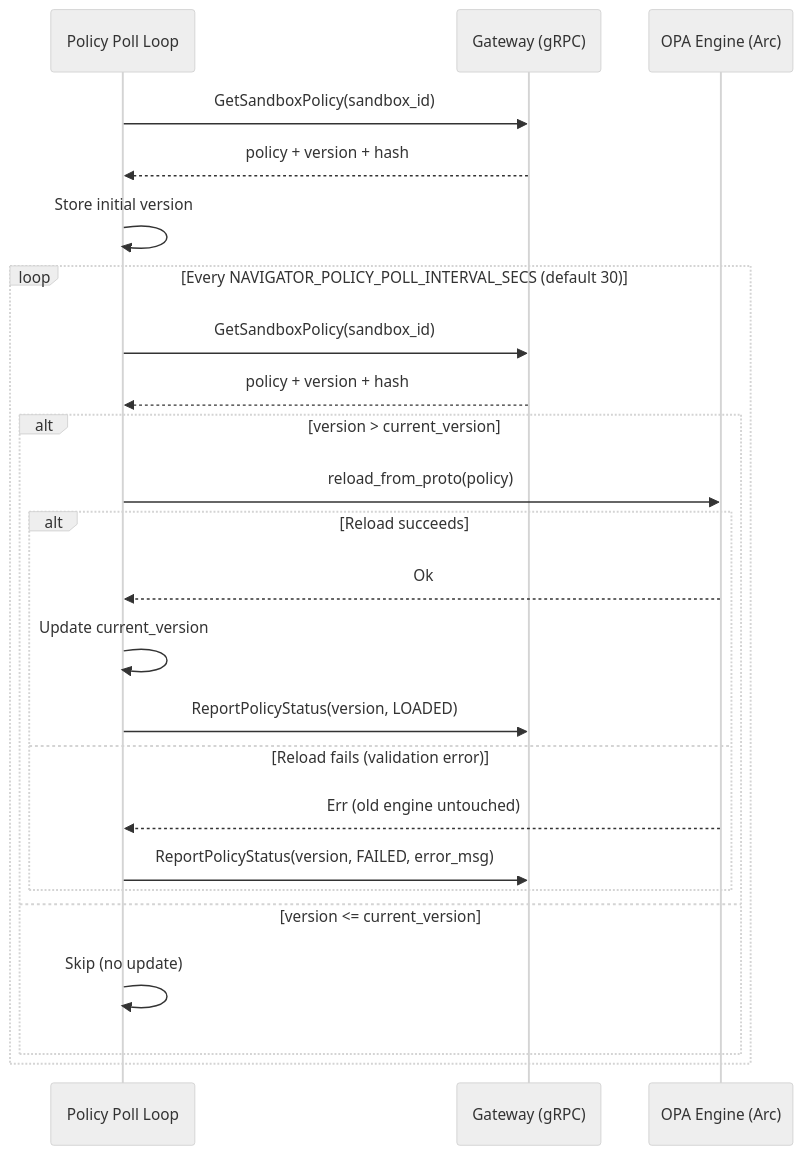
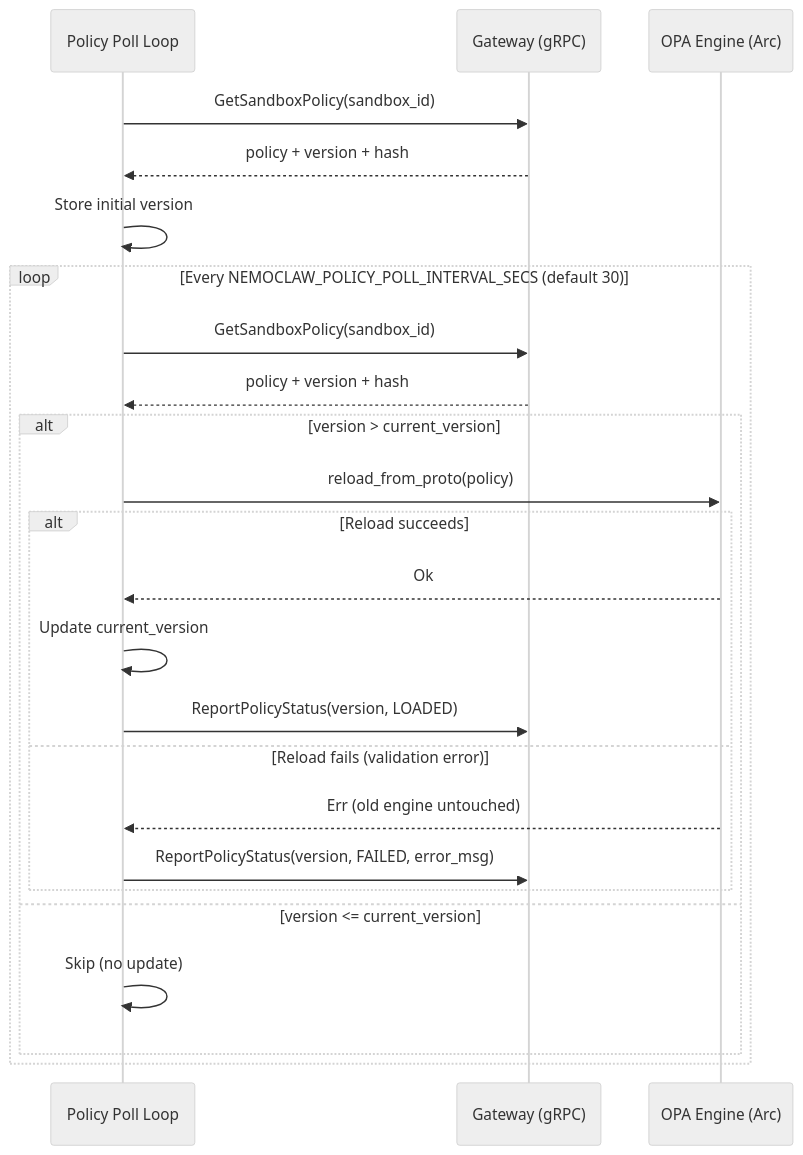
Before and after one commit to NVIDIA/OpenShell: the third of 10 diagrams in architecture/sandbox.md, drawn with Mermaid (neutral theme). The commit also changed other lines of this file and 93 other files, not shown here.

````diff
--- a/architecture/sandbox.md
+++ b/architecture/sandbox.md
@@ -329,28 +329,28 @@
 ```mermaid
 sequenceDiagram
     participant PL as Policy Poll Loop
     participant GW as Gateway (gRPC)
     participant OPA as OPA Engine (Arc)
 
     PL->>GW: GetSandboxPolicy(sandbox_id)
     GW-->>PL: policy + version + hash
     PL->>PL: Store initial version
 
-    loop Every NAVIGATOR_POLICY_POLL_INTERVAL_SECS (default 30)
+    loop Every NEMOCLAW_POLICY_POLL_INTERVAL_SECS (default 30)
         PL->>GW: GetSandboxPolicy(sandbox_id)
         GW-->>PL: policy + version + hash
         alt version > current_version
             PL->>OPA: reload_from_proto(policy)
             alt Reload succeeds
                 OPA-->>PL: Ok
                 PL->>PL: Update current_version
                 PL->>GW: ReportPolicyStatus(version, LOADED)
             else Reload fails (validation error)
                 OPA-->>PL: Err (old engine untouched)
                 PL->>GW: ReportPolicyStatus(version, FAILED, error_msg)
             end
         else version <= current_version
             PL->>PL: Skip (no update)
         end
     end
 ```
````
